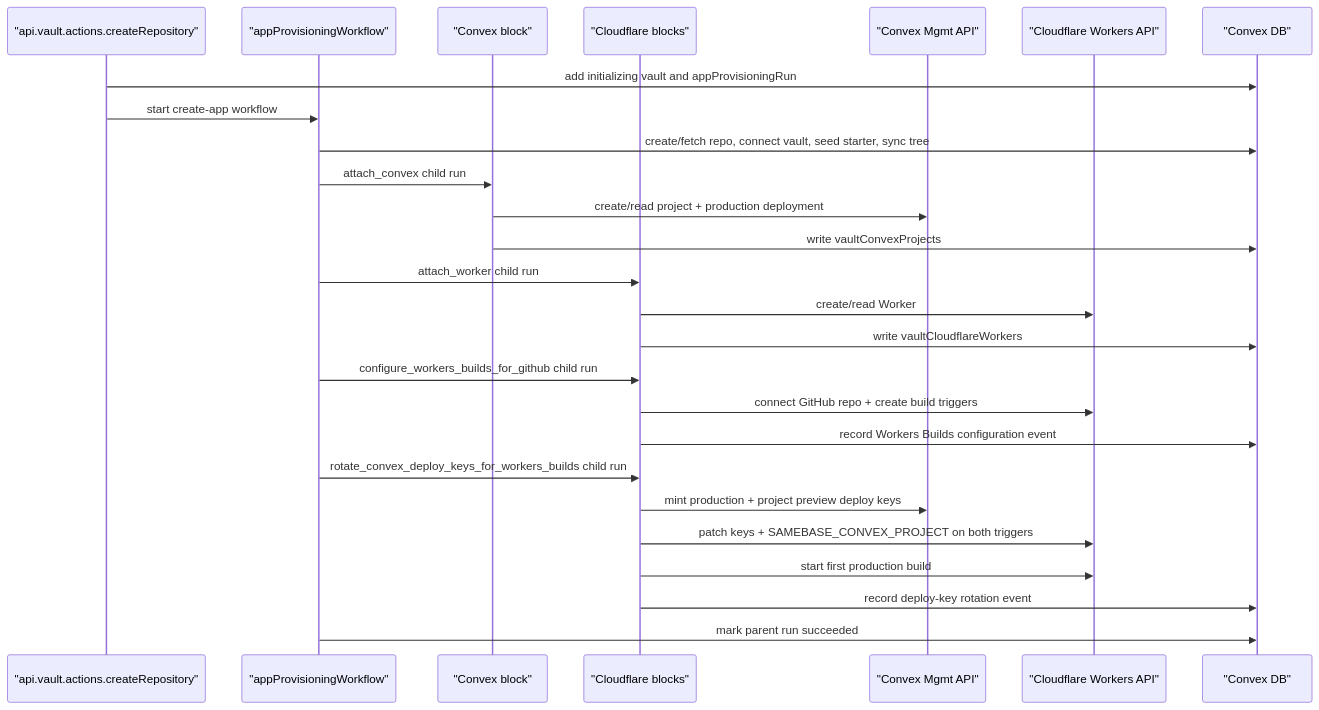
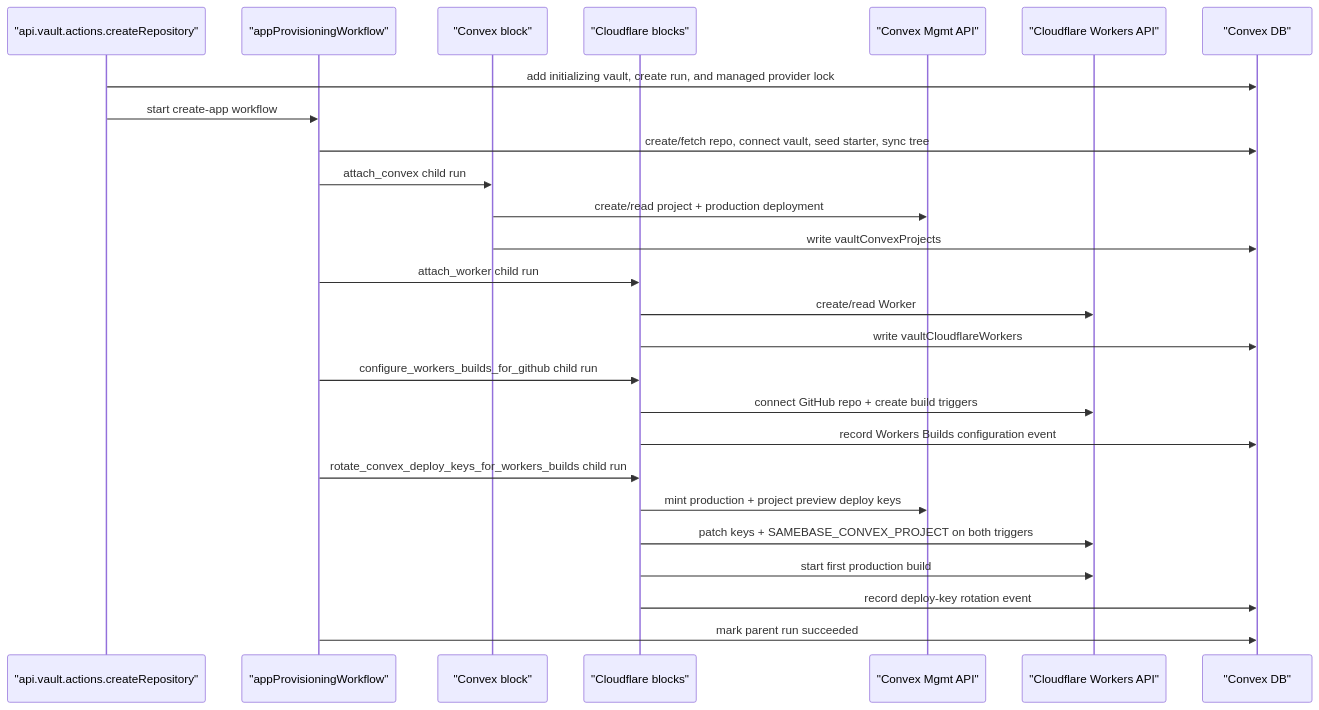
One commit to samebase/samebase changed the diagram in specs/003_VAULT_INFRA_PROVISIONING_SPEC.md. Above: the diagram before and after it, drawn with Mermaid. The commit also changed other lines of this file and 85 other files, not shown here.

````diff
--- a/specs/003_VAULT_INFRA_PROVISIONING_SPEC.md
+++ b/specs/003_VAULT_INFRA_PROVISIONING_SPEC.md
@@ -291,29 +358,29 @@
 ```mermaid
 sequenceDiagram
   participant VA as "api.vault.actions.createRepository"
   participant WF as "appProvisioningWorkflow"
   participant CVXB as "Convex block"
   participant CFB as "Cloudflare blocks"
   participant CVX as "Convex Mgmt API"
   participant CFL as "Cloudflare Workers API"
   participant DB as "Convex DB"
 
-  VA->>DB: add initializing vault and appProvisioningRun
+  VA->>DB: add initializing vault, create run, and managed provider lock
   VA->>WF: start create-app workflow
   WF->>DB: create/fetch repo, connect vault, seed starter, sync tree
   WF->>CVXB: attach_convex child run
   CVXB->>CVX: create/read project + production deployment
   CVXB->>DB: write vaultConvexProjects
   WF->>CFB: attach_worker child run
   CFB->>CFL: create/read Worker
   CFB->>DB: write vaultCloudflareWorkers
   WF->>CFB: configure_workers_builds_for_github child run
   CFB->>CFL: connect GitHub repo + create build triggers
   CFB->>DB: record Workers Builds configuration event
   WF->>CFB: rotate_convex_deploy_keys_for_workers_builds child run
   CFB->>CVX: mint production + project preview deploy keys
   CFB->>CFL: patch keys + SAMEBASE_CONVEX_PROJECT on both triggers
   CFB->>CFL: start first production build
   CFB->>DB: record deploy-key rotation event
   WF->>DB: mark parent run succeeded
 ```
````
